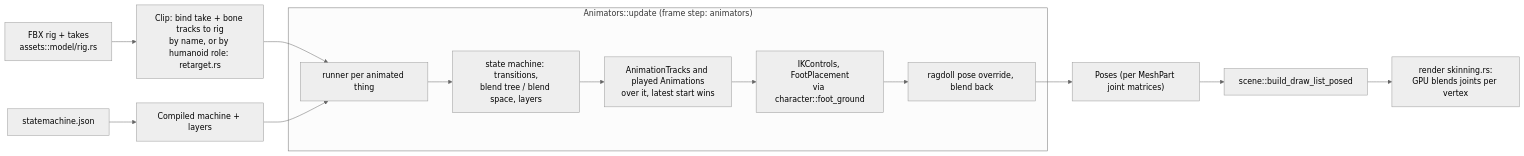
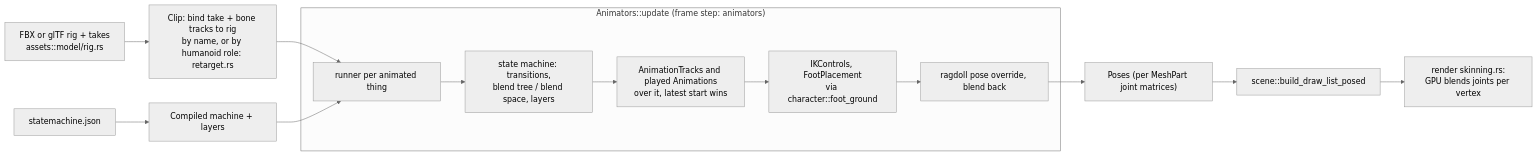
Before and after one commit to MrBearson321/Axcenity-Engine: the diagram in wiki/Engine-Systems/Animation.md, drawn with Mermaid (neutral theme). The commit also changed other lines of this file and 9 other files, not shown here.

````diff
--- a/wiki/Engine-Systems/Animation.md
+++ b/wiki/Engine-Systems/Animation.md
@@ -21,14 +21,14 @@
 ```mermaid
 flowchart LR
-  F[FBX rig + takes<br/>assets::model/rig.rs] --> C[Clip: bind take + bone tracks to rig<br/>by name, or by humanoid role: retarget.rs]
+  F[FBX or glTF rig + takes<br/>assets::model/rig.rs] --> C[Clip: bind take + bone tracks to rig<br/>by name, or by humanoid role: retarget.rs]
   SM[statemachine.json] --> M[Compiled machine + layers]
   subgraph AN["Animators::update (frame step: animators)"]
     R1[runner per animated thing] --> R2[state machine: transitions,<br/>blend tree / blend space, layers]
     R2 --> R3[AnimationTracks and played Animations<br/>over it, latest start wins]
     R3 --> R4[IKControls, FootPlacement<br/>via character::foot_ground]
     R4 --> R5[ragdoll pose override, blend back]
   end
   C & M --> R1
   R5 --> PO["Poses (per MeshPart joint matrices)"]
   PO --> S[scene::build_draw_list_posed] --> G["render skinning.rs:<br/>GPU blends joints per vertex"]
 ```
````
